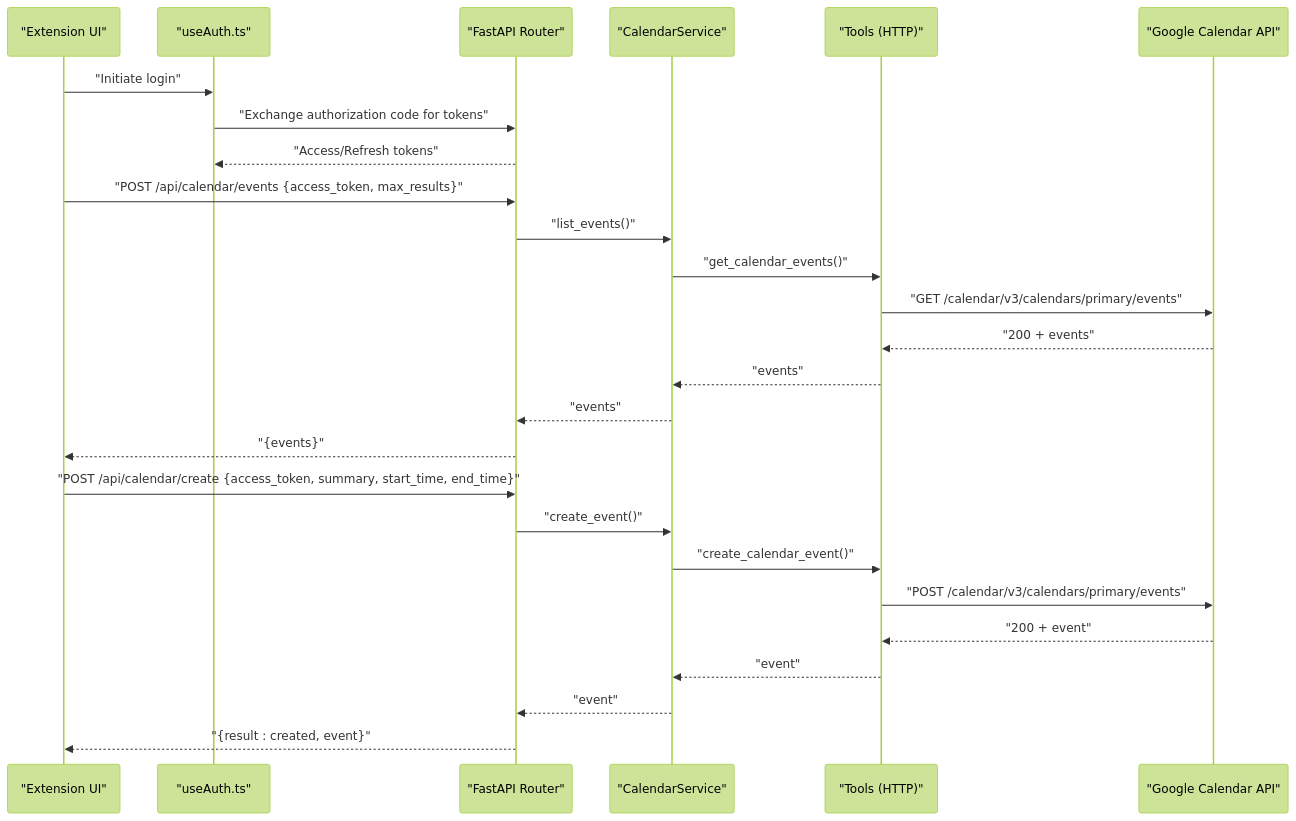
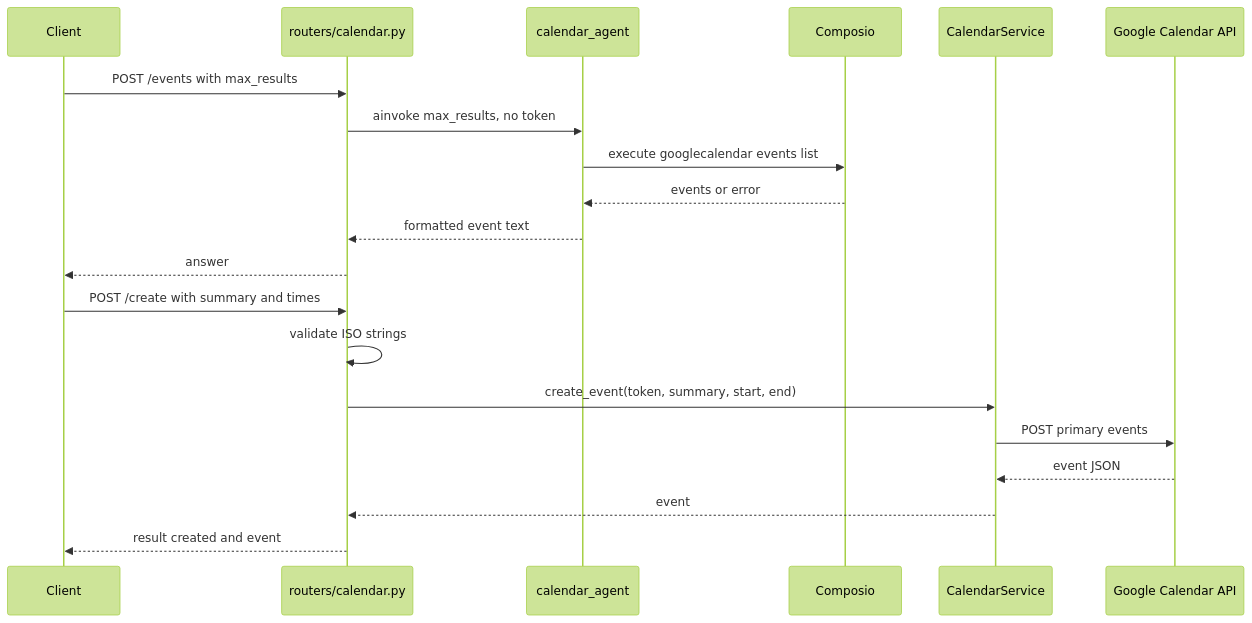
One commit to tashifkhan/tashif.codes changed the second of 6 diagrams in src/data/docs/agentic-browser/Service Integrations/Calendar Integration.md. Above: the diagram before and after it, drawn with Mermaid (forest theme). The commit also changed other lines of this file and 114 other files, not shown here.

````diff
--- a/src/data/docs/agentic-browser/Service Integrations/Calendar Integration.md
+++ b/src/data/docs/agentic-browser/Service Integrations/Calendar Integration.md
@@ -51,28 +68,22 @@
 ```mermaid
 sequenceDiagram
-participant Ext as "Extension UI"
-participant Auth as "useAuth.ts"
-participant BE as "FastAPI Router"
-participant SVC as "CalendarService"
-participant Tool as "Tools (HTTP)"
-participant GCAL as "Google Calendar API"
-Ext->>Auth : "Initiate login"
-Auth->>BE : "Exchange authorization code for tokens"
-BE-->>Auth : "Access/Refresh tokens"
-Ext->>BE : "POST /api/calendar/events {access_token, max_results}"
-BE->>SVC : "list_events()"
-SVC->>Tool : "get_calendar_events()"
-Tool->>GCAL : "GET /calendar/v3/calendars/primary/events"
-GCAL-->>Tool : "200 + events"
-Tool-->>SVC : "events"
-SVC-->>BE : "events"
-BE-->>Ext : "{events}"
-Ext->>BE : "POST /api/calendar/create {access_token, summary, start_time, end_time}"
-BE->>SVC : "create_event()"
-SVC->>Tool : "create_calendar_event()"
-Tool->>GCAL : "POST /calendar/v3/calendars/primary/events"
-GCAL-->>Tool : "200 + event"
-Tool-->>SVC : "event"
-SVC-->>BE : "event"
-BE-->>Ext : "{result : created, event}"
+  participant C as Client
+  participant R as routers/calendar.py
+  participant T as calendar_agent
+  participant X as Composio
+  participant S as CalendarService
+  participant G as Google Calendar API
+  C->>R: POST /events with max_results
+  R->>T: ainvoke max_results, no token
+  T->>X: execute googlecalendar events list
+  X-->>T: events or error
+  T-->>R: formatted event text
+  R-->>C: answer
+  C->>R: POST /create with summary and times
+  R->>R: validate ISO strings
+  R->>S: create_event(token, summary, start, end)
+  S->>G: POST primary events
+  G-->>S: event JSON
+  S-->>R: event
+  R-->>C: result created and event
 ```
````
